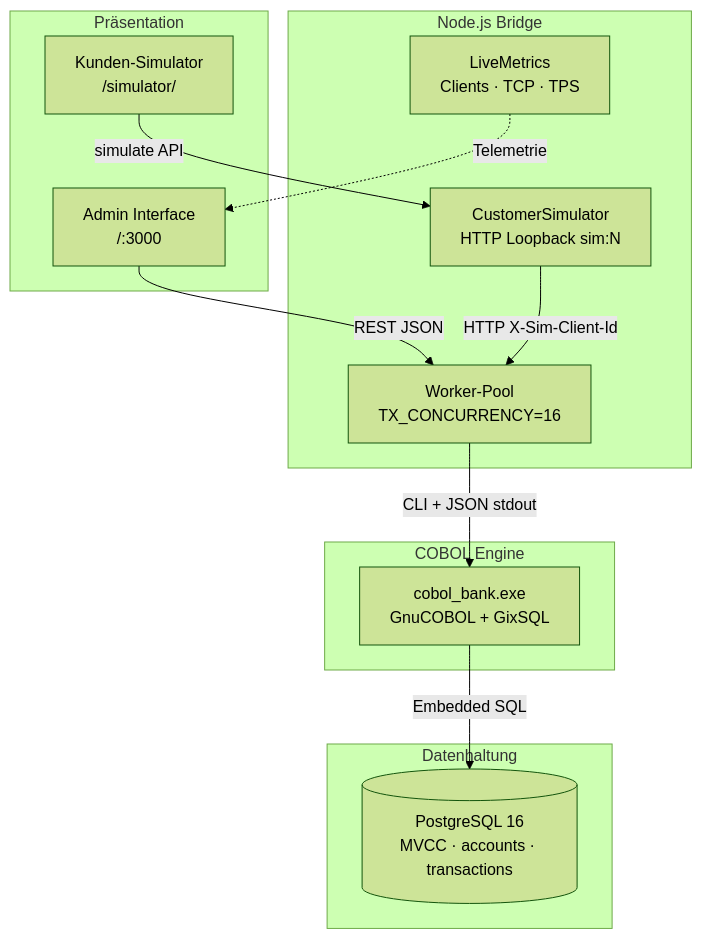
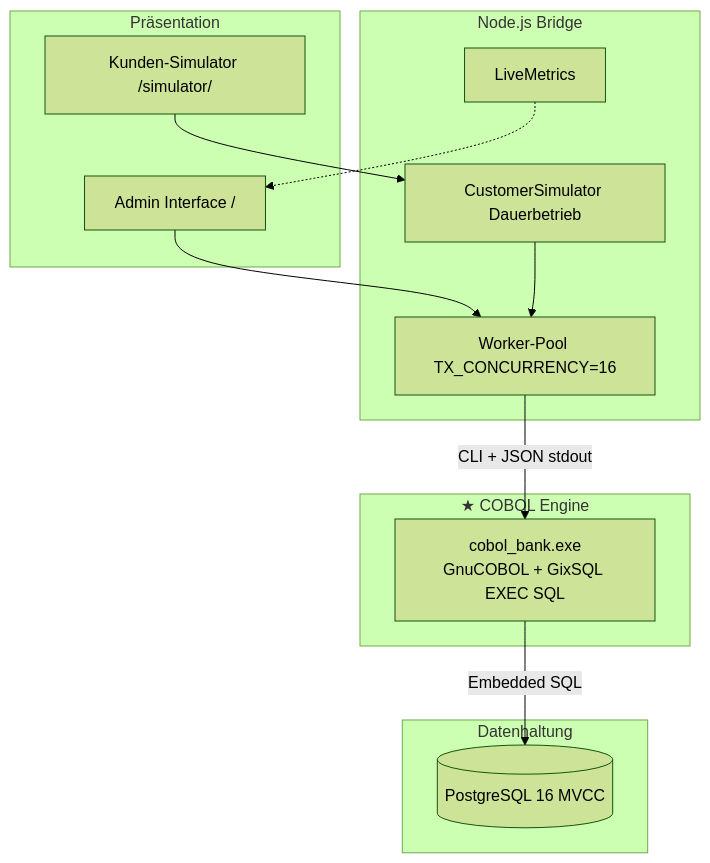
Before and after one commit to tnickel/cobol-corebank: the first of 2 diagrams in README.md, drawn with Mermaid (forest theme). The commit also changed other lines of this file and 30 other files, not shown here.

First line of the commit message:
Expand COBOL-focused docs, continuous simulator, and admin reliability.

````diff
--- a/README.md
+++ b/README.md
@@ -28,28 +65,23 @@
 ```mermaid
 flowchart TB
   subgraph UI["Präsentation"]
-    A["Admin Interface<br/>/:3000"]
-    S["Kunden-Simulator<br/>/simulator/"]
+    A["Admin Interface /"]
+    S["Kunden-Simulator /simulator/"]
   end
-
   subgraph API["Node.js Bridge"]
-    Q["Worker-Pool<br/>TX_CONCURRENCY=16"]
-    M["LiveMetrics<br/>Clients · TCP · TPS"]
-    SIM["CustomerSimulator<br/>HTTP Loopback sim:N"]
+    Q["Worker-Pool TX_CONCURRENCY=16"]
+    M["LiveMetrics"]
+    SIM["CustomerSimulator Dauerbetrieb"]
   end
-
-  subgraph CORE["COBOL Engine"]
-    C["cobol_bank.exe<br/>GnuCOBOL + GixSQL"]
+  subgraph CORE["★ COBOL Engine"]
+    C["cobol_bank.exe<br/>GnuCOBOL + GixSQL EXEC SQL"]
   end
-
   subgraph DB["Datenhaltung"]
-    P[("PostgreSQL 16<br/>MVCC · accounts · transactions")]
+    P[("PostgreSQL 16 MVCC")]
   end
-
-  A -->|REST JSON| Q
-  S -->|simulate API| SIM
-  SIM -->|HTTP X-Sim-Client-Id| Q
+  A --> Q
+  S --> SIM --> Q
   Q -->|CLI + JSON stdout| C
   C -->|Embedded SQL| P
-  M -.->|Telemetrie| A
+  M -.-> A
 ```
````
